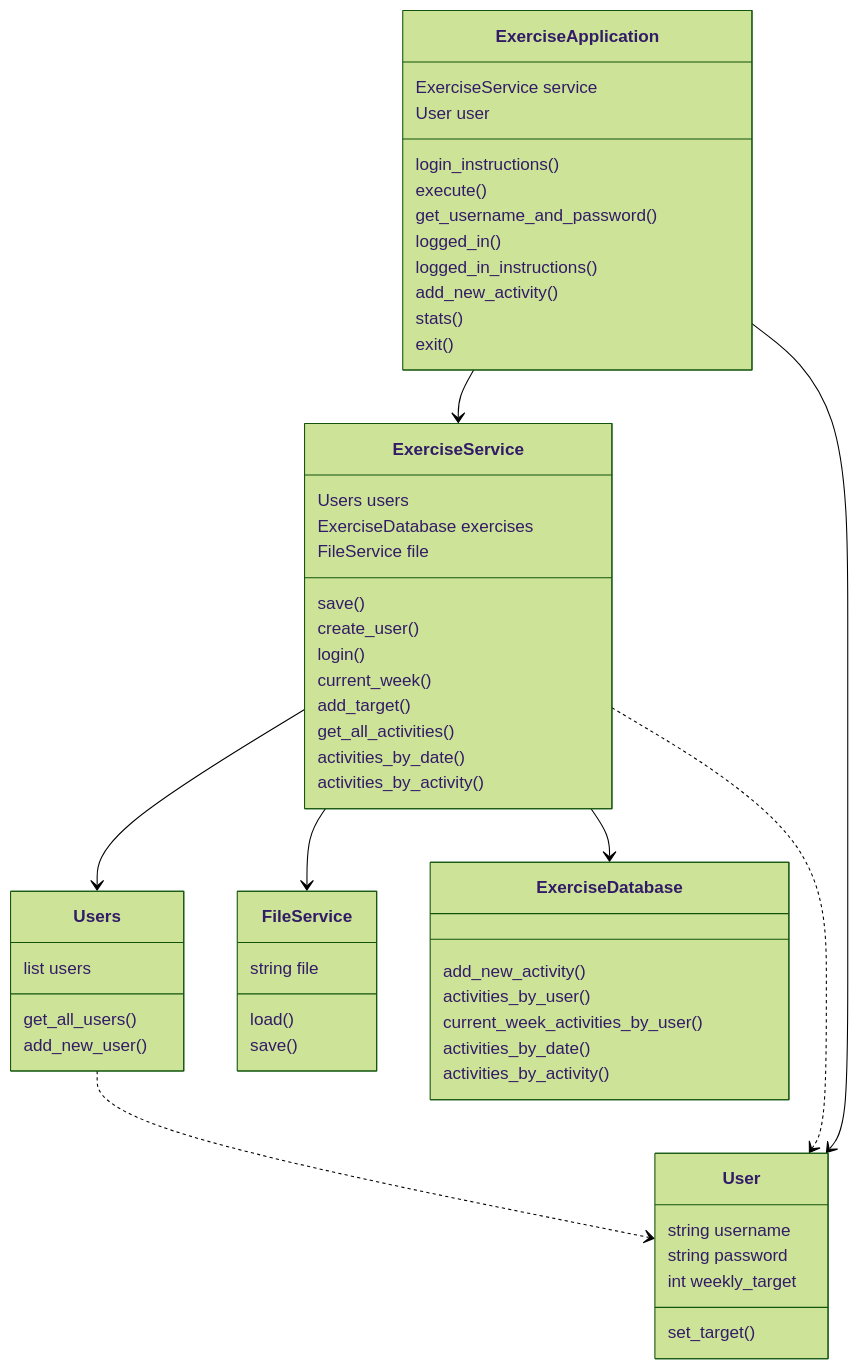
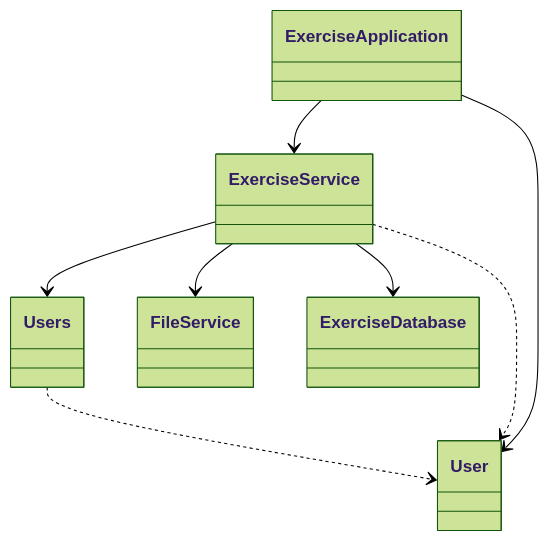
The first of 2 diagrams in dokumentaatio/arkkitehtuuri.md (Kaabero/ot-harjoitustyo), drawn with Mermaid (forest theme) before and after one commit. The commit also changed other lines of this file, not shown here.

````diff
--- a/dokumentaatio/arkkitehtuuri.md
+++ b/dokumentaatio/arkkitehtuuri.md
@@ -10,66 +10,12 @@
 ```mermaid
  classDiagram
  
       Users ..> User
       ExerciseApplication --> ExerciseService
       ExerciseService --> FileService
       ExerciseService ..> User
       ExerciseApplication --> User
       ExerciseService --> Users
       ExerciseService --> ExerciseDatabase
-      
-      
-      class ExerciseApplication {
-        ExerciseService service
-        User user
-	login_instructions()
-	execute()
-	get_username_and_password()
-	logged_in()
-	logged_in_instructions()
-	add_new_activity()
-	stats()
-	exit()
-      }
-      
-      class ExerciseService {
-        Users users
-	ExerciseDatabase exercises
-        FileService file
-	save()
-	create_user()
-	login()
-	current_week()
-	add_target()
-	get_all_activities()
-	activities_by_date()
-	activities_by_activity()
-      }
-
-      class Users {
-        list users
-        get_all_users()
-        add_new_user()
-      }
-
-      class User {
-        string username
-        string password
-        int weekly_target
-        set_target()
-
-      }
-      class FileService {
-        string file
-        load()
-        save()
-      }
-      class ExerciseDatabase {
-        add_new_activity()
-        activities_by_user()
-        current_week_activities_by_user()
-	activities_by_date()
-	activities_by_activity()
-      }
      
 ```
````
